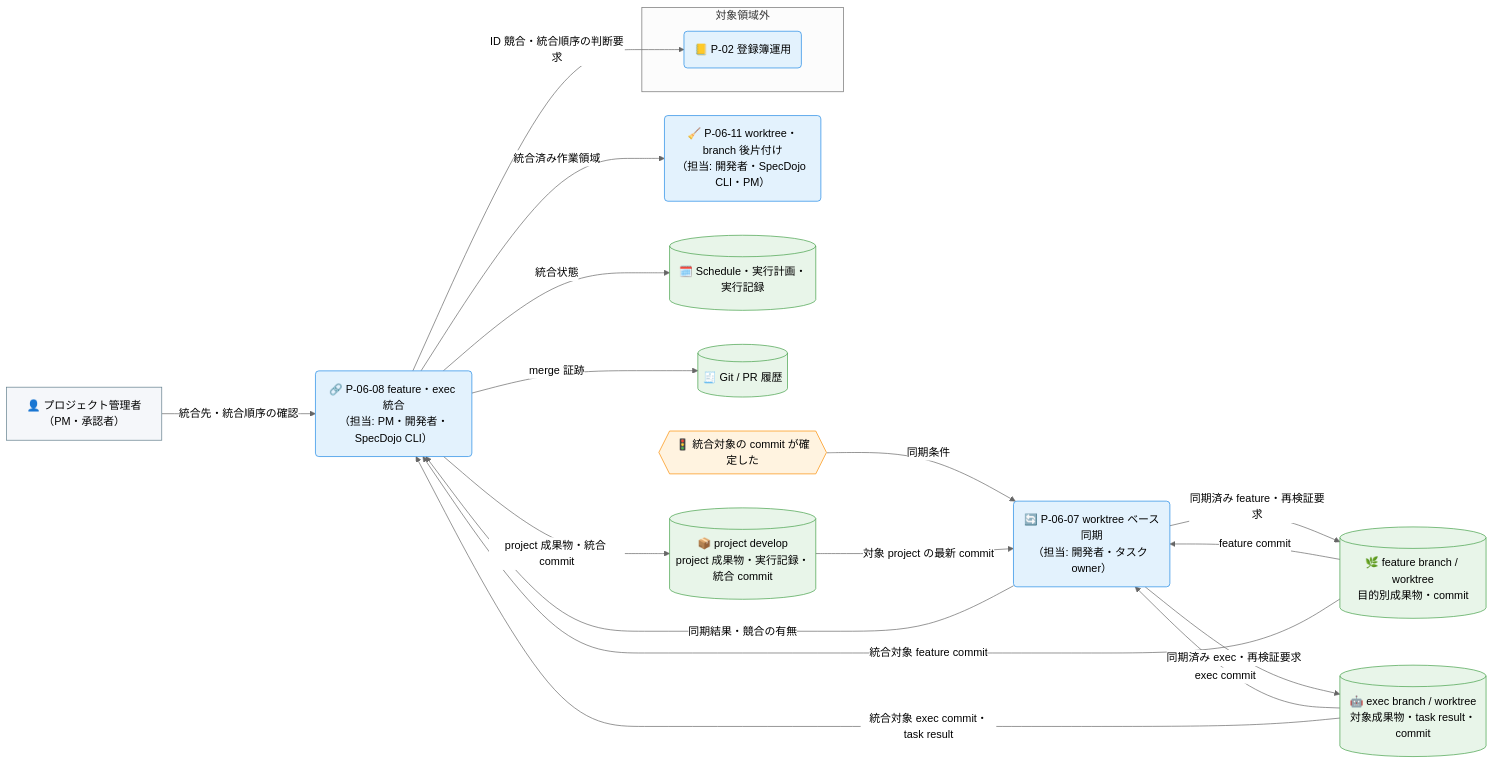
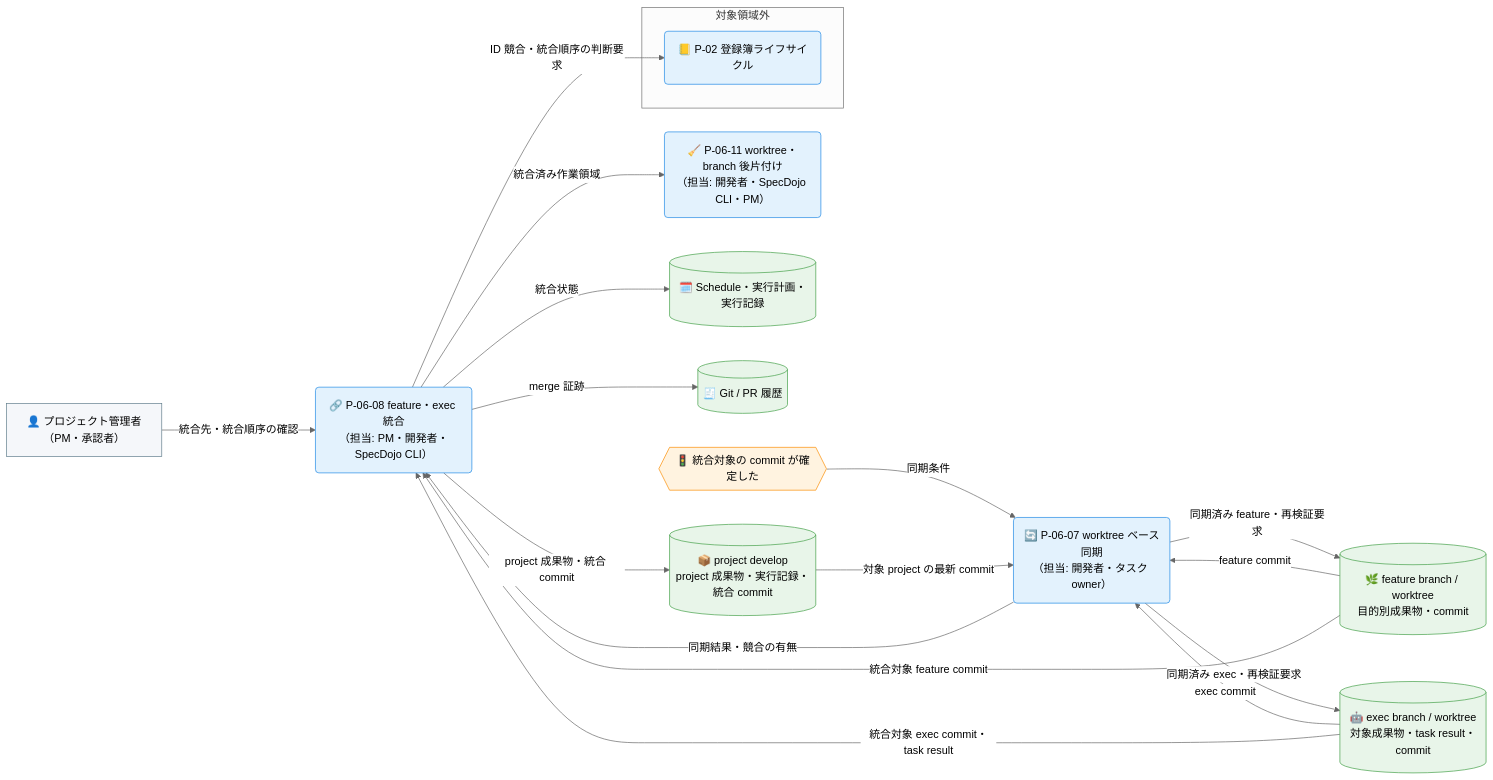
The third of 4 diagrams in docs/ja/product/010-business-specs/010-data-flow/cdfd-multi-project.md (specdojo/specdojo), drawn with Mermaid (neutral theme) before and after one commit. The commit also changed other lines of this file and 18 other files, not shown here.

First line of the commit message:
exec(T-DATA-FLOW-cdfd-overview-140): finalize cdfd-overview bootstrap

````diff
--- a/docs/ja/product/010-business-specs/010-data-flow/cdfd-multi-project.md
+++ b/docs/ja/product/010-business-specs/010-data-flow/cdfd-multi-project.md
@@ -172,47 +172,47 @@
 ```mermaid
 flowchart LR
   classDef process fill:#e3f2fd,stroke:#1e88e5,color:#000
   classDef event fill:#fff3e0,stroke:#fb8c00,color:#000
   classDef store fill:#e8f5e9,stroke:#43a047,color:#000
   classDef actor fill:#f5f7fa,stroke:#607d8b,color:#000
 
   プロジェクト管理者["👤 プロジェクト管理者<br>（PM・承認者）"]
 
   統合可能{{"🚦 統合対象の commit が確定した"}}
 
   worktreeベース同期("🔄 P-06-07 worktree ベース同期<br>（担当: 開発者・タスク owner）")
   featureExec統合("🔗 P-06-08 feature・exec 統合<br>（担当: PM・開発者・SpecDojo CLI）")
   worktreeBranch後片付け("🧹 P-06-11 worktree・branch 後片付け<br>（担当: 開発者・SpecDojo CLI・PM）")
 
   projectDevelop[("📦 project develop<br>project 成果物・実行記録・統合 commit")]
   featureWorktree[("🌿 feature branch / worktree<br>目的別成果物・commit")]
   execWorktree[("🤖 exec branch / worktree<br>対象成果物・task result・commit")]
   実行計画記録[("🗓️ Schedule・実行計画・実行記録")]
   GitPR履歴[("🧾 Git / PR 履歴")]
 
   subgraph 領域外統合["対象領域外"]
-    登録簿運用("📒 P-02 登録簿運用")
+    登録簿ライフサイクル("📒 P-02 登録簿ライフサイクル")
   end
 
   統合可能 -->|"同期条件"| worktreeベース同期
   projectDevelop -->|"対象 project の最新 commit"| worktreeベース同期
   featureWorktree -->|"feature commit"| worktreeベース同期
   execWorktree -->|"exec commit"| worktreeベース同期
   worktreeベース同期 -->|"同期済み feature・再検証要求"| featureWorktree
   worktreeベース同期 -->|"同期済み exec・再検証要求"| execWorktree
   worktreeベース同期 -->|"同期結果・競合の有無"| featureExec統合
 
   featureWorktree -->|"統合対象 feature commit"| featureExec統合
   execWorktree -->|"統合対象 exec commit・task result"| featureExec統合
   プロジェクト管理者 -->|"統合先・統合順序の確認"| featureExec統合
   featureExec統合 -->|"project 成果物・統合 commit"| projectDevelop
   featureExec統合 -->|"統合状態"| 実行計画記録
   featureExec統合 -->|"merge 証跡"| GitPR履歴
-  featureExec統合 -->|"ID 競合・統合順序の判断要求"| 登録簿運用
+  featureExec統合 -->|"ID 競合・統合順序の判断要求"| 登録簿ライフサイクル
   featureExec統合 -->|"統合済み作業領域"| worktreeBranch後片付け
 
-  class worktreeベース同期,featureExec統合,worktreeBranch後片付け,登録簿運用 process
+  class worktreeベース同期,featureExec統合,worktreeBranch後片付け,登録簿ライフサイクル process
   class 統合可能 event
   class projectDevelop,featureWorktree,execWorktree,実行計画記録,GitPR履歴 store
   class プロジェクト管理者 actor
 ```
````
